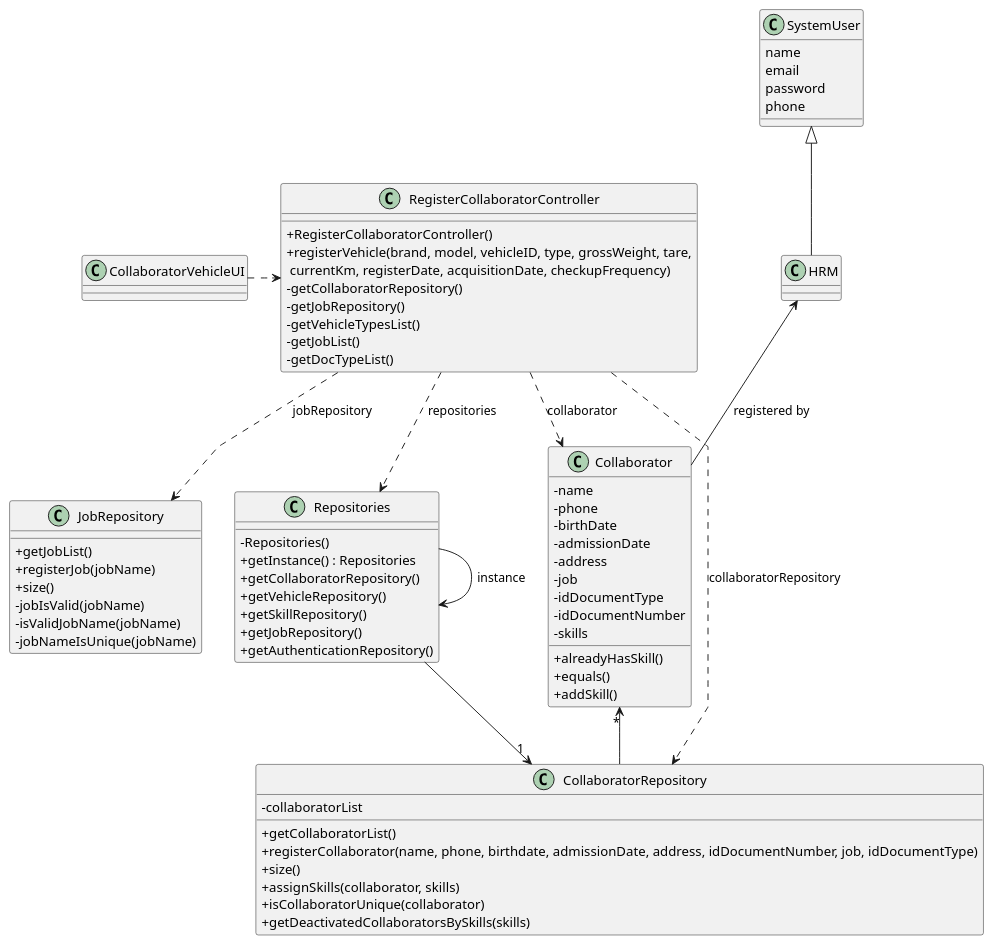
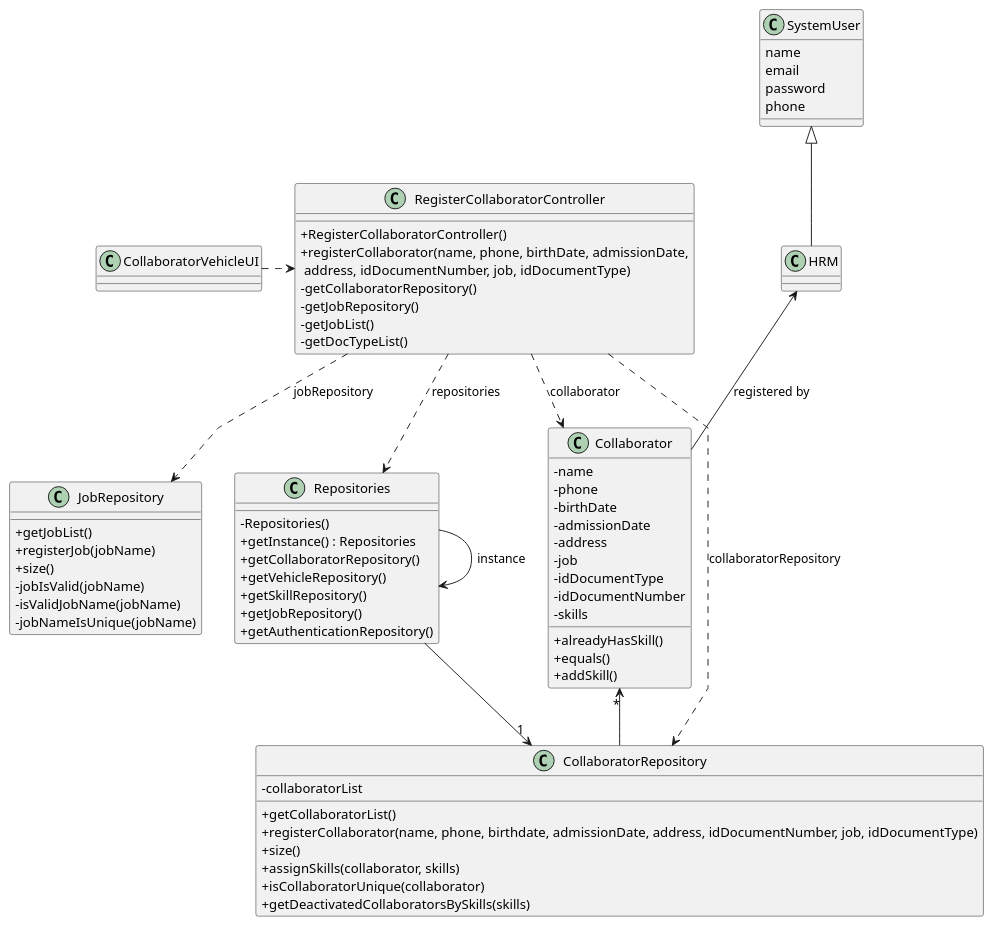
Before and after one commit to Departamento-de-Engenharia-Informatica/lei-24-s2-1do-g164: the diagram in docs/sprintC/us003/03.design/puml/us003-class-diagram.puml, drawn with PlantUML. The commit also changed 13 other files, not shown here.

```diff
--- a/docs/sprintC/us003/03.design/puml/us003-class-diagram.puml
+++ b/docs/sprintC/us003/03.design/puml/us003-class-diagram.puml
@@ -1,92 +1,91 @@
 @startuml
 'skinparam monochrome true
 skinparam packageStyle rectangle
 skinparam shadowing false
 skinparam linetype polyline
 'skinparam linetype orto
 
 skinparam classAttributeIconSize 0
 
 'left to right direction
 
 class Collaborator {
     - name
     - phone
     - birthDate
     - admissionDate
     - address
     - job
     - idDocumentType
     - idDocumentNumber
     - skills
     + alreadyHasSkill()
     + equals()
     + addSkill()
 }
 
 class Repositories {
 
 
     - Repositories()
     + getInstance() : Repositories
     + getCollaboratorRepository()
     + getVehicleRepository()
     + getSkillRepository()
     + getJobRepository()
     + getAuthenticationRepository()
 }
 
 class CollaboratorRepository {
     - collaboratorList
     + getCollaboratorList()
     + registerCollaborator(name, phone, birthdate, admissionDate, address, idDocumentNumber, job, idDocumentType)
     + size()
     + assignSkills(collaborator, skills)
     + isCollaboratorUnique(collaborator)
     +getDeactivatedCollaboratorsBySkills(skills)
 
 }
 
 class RegisterCollaboratorController {
 
     + RegisterCollaboratorController()
-    + registerVehicle(brand, model, vehicleID, type, grossWeight, tare,\n currentKm, registerDate, acquisitionDate, checkupFrequency)
+    + registerCollaborator(name, phone, birthDate, admissionDate,\n address, idDocumentNumber, job, idDocumentType)
     - getCollaboratorRepository()
     - getJobRepository()
-    - getVehicleTypesList()
     - getJobList()
     - getDocTypeList()
 }
 
 class JobRepository {
     + getJobList()
     + registerJob(jobName)
     + size()
     - jobIsValid(jobName)
     - isValidJobName(jobName)
     - jobNameIsUnique(jobName)
 }
 
 class HRM {}
 
 class SystemUser {
     name
     email
     password
     phone
 }
 
 
 SystemUser <|-- HRM
 HRM  <-- Collaborator : registered by
 RegisterCollaboratorController ..> Repositories : repositories
 RegisterCollaboratorController ..> CollaboratorRepository : collaboratorRepository
 RegisterCollaboratorController ..> JobRepository : jobRepository
 RegisterCollaboratorController ..> Collaborator : collaborator
 
 CollaboratorVehicleUI .> RegisterCollaboratorController
 Repositories -->"1" CollaboratorRepository
 Repositories -> Repositories : instance
 Collaborator "*" <-- CollaboratorRepository
 
 @enduml
```
